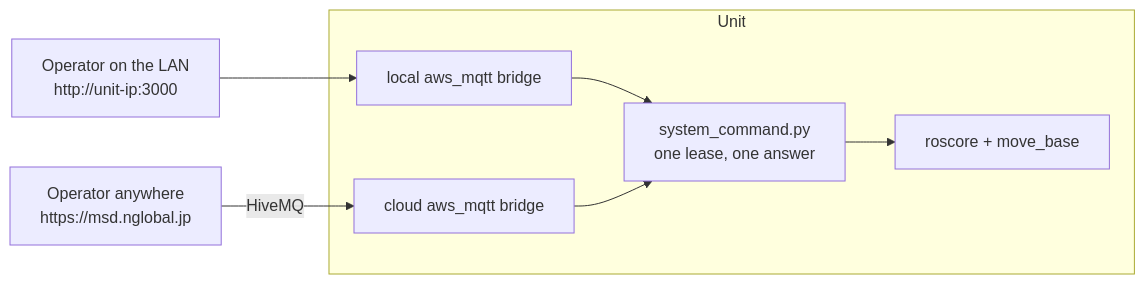
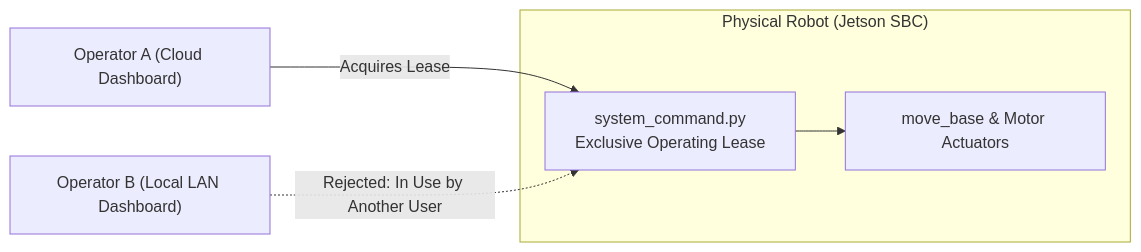
One commit to itbdelaboprogramming/msd700_documentation changed the eighth of 8 diagrams in docs/development/architecture.md. Above: the diagram before and after it, drawn with Mermaid. The commit also changed other lines of this file and 16 other files, not shown here.

Commit message:
docs: overhaul documentation structure and clarify fleet addressing and command schemas

````diff
--- a/docs/development/architecture.md
+++ b/docs/development/architecture.md
@@ -305,16 +286,14 @@
 ```mermaid
 flowchart LR
-  OP1["Operator on the LAN<br/>http://unit-ip:3000"]
-  OP2["Operator anywhere<br/>https://msd.nglobal.jp"]
+  USER_A["Operator A (Cloud Dashboard)"]
+  USER_B["Operator B (Local LAN Dashboard)"]
 
-  subgraph U["Unit"]
-    LB["local aws_mqtt bridge"]
-    CB["cloud aws_mqtt bridge"]
-    LEASE["system_command.py<br/>one lease, one answer"]
-    R["roscore + move_base"]
+  subgraph Jetson["Physical Robot (Jetson SBC)"]
+    LEASE_MGR["system_command.py<br/>Exclusive Operating Lease"]
+    CONTROLLER["move_base & Motor Actuators"]
   end
 
-  OP1 --> LB --> LEASE
-  OP2 -->|"HiveMQ"| CB --> LEASE
-  LEASE --> R
+  USER_A -->|"Acquires Lease"| LEASE_MGR
+  USER_B -.->|"Rejected: In Use by Another User"| LEASE_MGR
+  LEASE_MGR --> CONTROLLER
 ```
````
